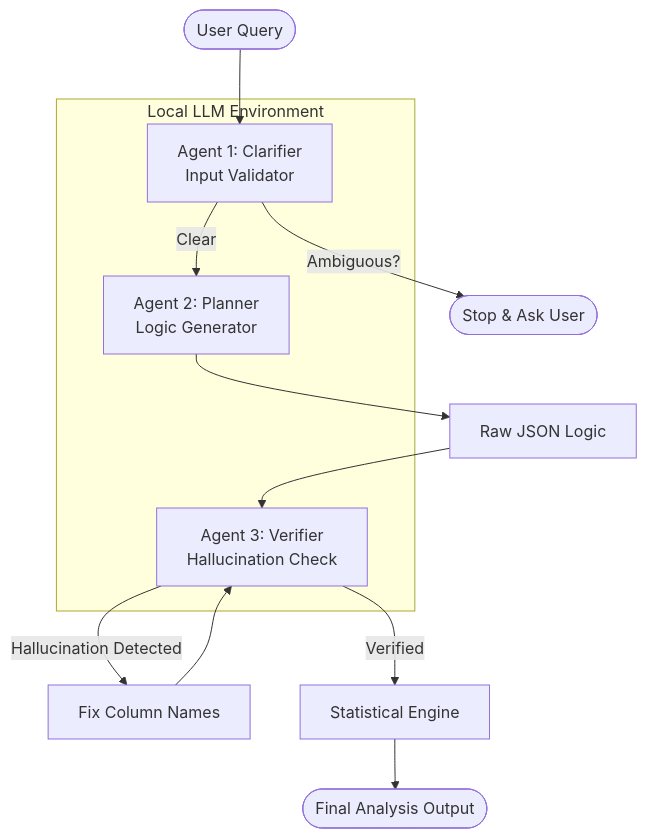
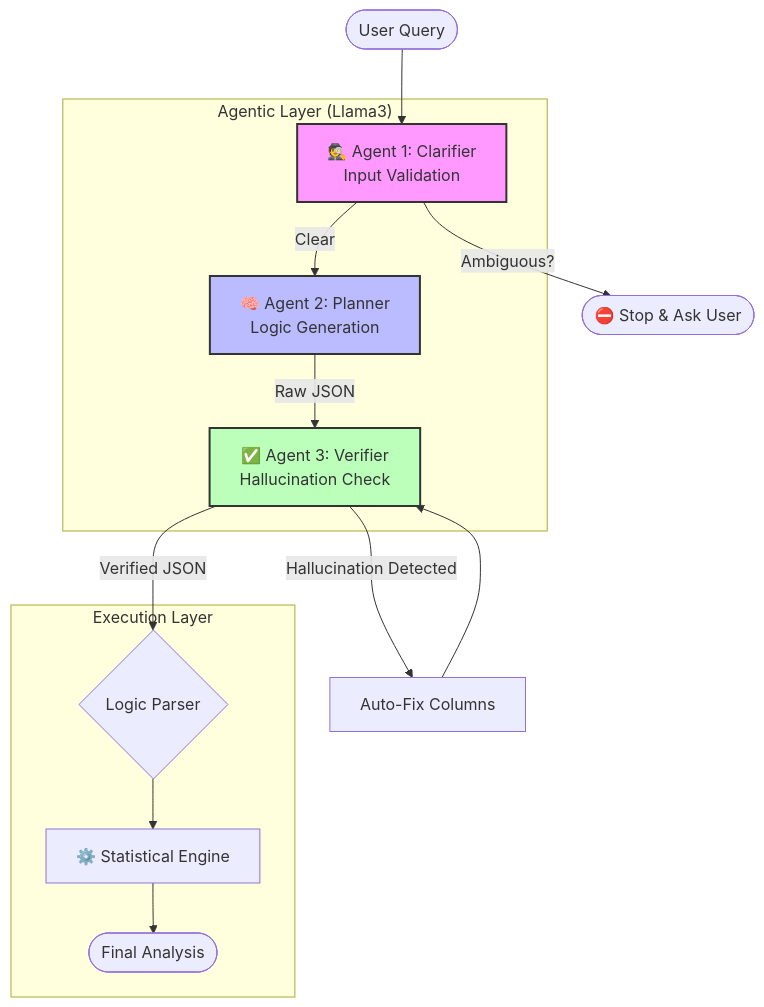
Before and after one commit to UShah1996/AI-HOPE: the diagram in README.md, drawn with Mermaid. The commit also changed other lines of this file and 1 other file, not shown here.

````diff
--- a/README.md
+++ b/README.md
@@ -26,24 +26,37 @@
 ```mermaid
 graph TD
-    User([User Query]) --> Clarifier[Agent 1: Clarifier<br/>Input Validator]
+    %% Nodes
+    User([User Query])
     
-    Clarifier -- "Ambiguous?" --> Stop([Stop & Ask User])
-    Clarifier -- "Clear" --> Planner[Agent 2: Planner<br/>Logic Generator]
+    subgraph "Agentic Layer (Llama3)"
+        Clarifier[🕵️ Agent 1: Clarifier<br/>Input Validation]
+        Planner[🧠 Agent 2: Planner<br/>Logic Generation]
+        Verifier[✅ Agent 3: Verifier<br/>Hallucination Check]
+    end
     
-    Planner --> LogicJSON[Raw JSON Logic]
+    subgraph "Execution Layer"
+        Parser{Logic Parser}
+        Stats[⚙️ Statistical Engine]
+        Output([Final Analysis])
+    end
+
+    %% Edge Connections
+    User --> Clarifier
     
-    LogicJSON --> Verifier[Agent 3: Verifier<br/>Hallucination Check]
+    Clarifier -- "Ambiguous?" --> Stop([⛔ Stop & Ask User])
+    Clarifier -- "Clear" --> Planner
     
-    Verifier -- "Hallucination Detected" --> Fix[Fix Column Names]
+    Planner -->|Raw JSON| Verifier
+    
+    Verifier -- "Hallucination Detected" --> Fix[Auto-Fix Columns]
     Fix --> Verifier
     
-    Verifier -- "Verified" --> Engine[Statistical Engine]
-    
-    Engine --> Output([Final Analysis Output])
-    
-    subgraph "Local LLM Environment"
-    Clarifier
-    Planner
-    Verifier
-    end
+    Verifier -- "Verified JSON" --> Parser
+    Parser --> Stats
+    Stats --> Output
+
+    %% Styling
+    style Clarifier fill:#f9f,stroke:#333,stroke-width:2px
+    style Planner fill:#bbf,stroke:#333,stroke-width:2px
+    style Verifier fill:#bfb,stroke:#333,stroke-width:2px
 ```
````
